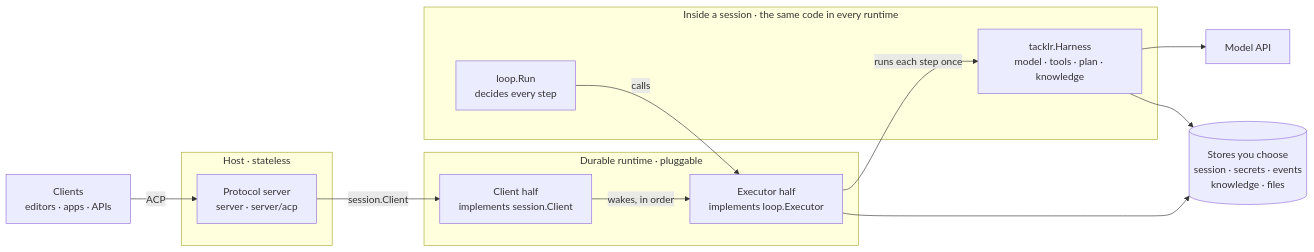
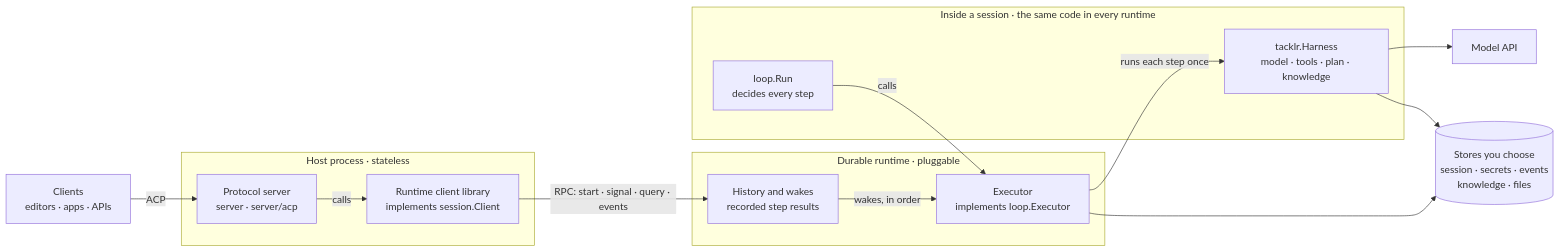
The first of 2 diagrams in README.md (Ryanaldo34/tacklr), drawn with Mermaid before and after one commit. The commit also changed other lines of this file, not shown here.

Commit message:
Show the runtime client library in the host in the README diagram
The generic diagram put the session.Client implementation inside the
durable runtime. It is a client library that runs in the host process
(session/temporal on Temporal) and reaches the runtime over RPC; only
history, wakes and the executor belong to the runtime.

````diff
--- a/README.md
+++ b/README.md
@@ -33,26 +33,28 @@
 ```mermaid
 flowchart LR
     clients["Clients<br/>editors · apps · APIs"]
-    subgraph host["Host · stateless"]
+    subgraph host["Host process · stateless"]
         proto["Protocol server<br/>server · server/acp"]
+        rc["Runtime client library<br/>implements session.Client"]
     end
     subgraph runtime["Durable runtime · pluggable"]
-        rc["Client half<br/>implements session.Client"]
-        rx["Executor half<br/>implements loop.Executor"]
+        svc["History and wakes<br/>recorded step results"]
+        rx["Executor<br/>implements loop.Executor"]
     end
     subgraph sess["Inside a session · the same code in every runtime"]
         loop["loop.Run<br/>decides every step"]
         harness["tacklr.Harness<br/>model · tools · plan · knowledge"]
     end
     stores[("Stores you choose<br/>session · secrets · events<br/>knowledge · files")]
     model["Model API"]
 
     clients -- "ACP" --> proto
-    proto -- "session.Client" --> rc
-    rc -- "wakes, in order" --> rx
+    proto -- "calls" --> rc
+    rc -- "RPC: start · signal · query · events" --> svc
+    svc -- "wakes, in order" --> rx
     loop -- "calls" --> rx
     rx -- "runs each step once" --> harness
     harness --> model
     rx --> stores
     harness --> stores
 ```
````
